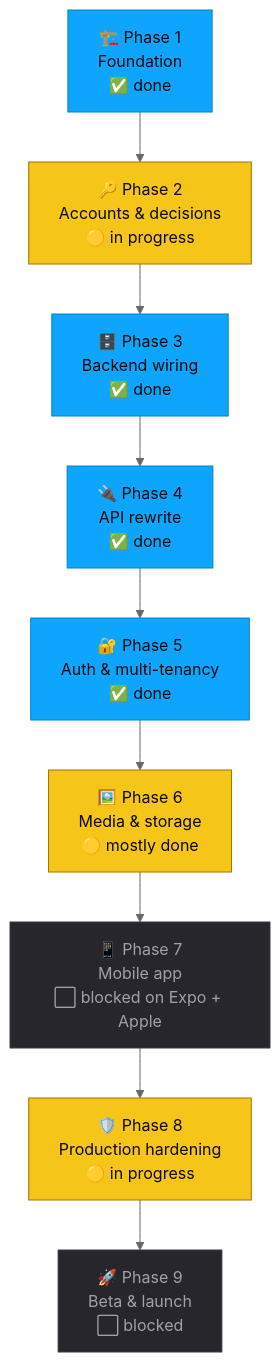
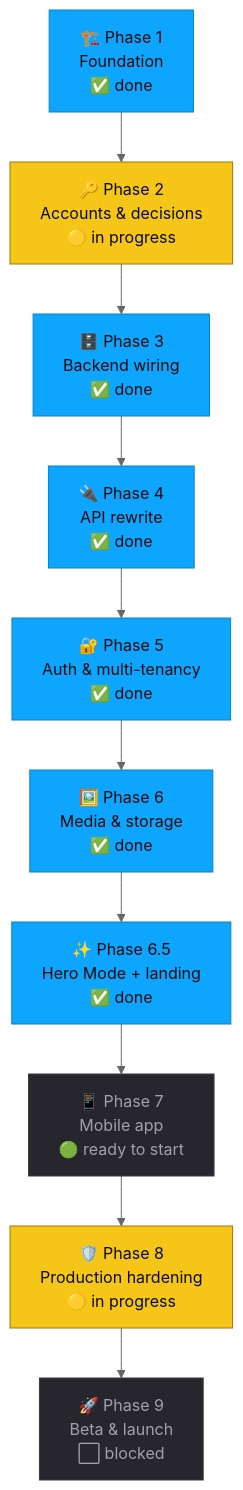
One commit to akcuhmoris/lifestyleprogramtracker changed the diagram in plan/08-roadmap.md. Above: the diagram before and after it, drawn with Mermaid (neutral theme). The commit also changed other lines of this file and 15 other files, not shown here.

````diff
--- a/plan/08-roadmap.md
+++ b/plan/08-roadmap.md
@@ -24,21 +25,22 @@
 ```mermaid
 flowchart TD
     P1["🏗️ Phase 1<br/>Foundation<br/>✅ done"]
     P2["🔑 Phase 2<br/>Accounts &amp; decisions<br/>🟡 in progress"]
     P3["🗄️ Phase 3<br/>Backend wiring<br/>✅ done"]
     P4["🔌 Phase 4<br/>API rewrite<br/>✅ done"]
     P5["🔐 Phase 5<br/>Auth &amp; multi-tenancy<br/>✅ done"]
-    P6["🖼️ Phase 6<br/>Media &amp; storage<br/>🟡 mostly done"]
-    P7["📱 Phase 7<br/>Mobile app<br/>⬜ blocked on Expo + Apple"]
+    P6["🖼️ Phase 6<br/>Media &amp; storage<br/>✅ done"]
+    P65["✨ Phase 6.5<br/>Hero Mode + landing<br/>✅ done"]
+    P7["📱 Phase 7<br/>Mobile app<br/>🟢 ready to start"]
     P8["🛡️ Phase 8<br/>Production hardening<br/>🟡 in progress"]
     P9["🚀 Phase 9<br/>Beta &amp; launch<br/>⬜ blocked"]
 
-    P1 --> P2 --> P3 --> P4 --> P5 --> P6 --> P7 --> P8 --> P9
+    P1 --> P2 --> P3 --> P4 --> P5 --> P6 --> P65 --> P7 --> P8 --> P9
 
     classDef done fill:#0EA5FF,stroke:#0284C7,color:#0A0A0B
     classDef wip fill:#F5C518,stroke:#A07700,color:#0A0A0B
     classDef todo fill:#26262C,stroke:#3a3a42,color:#A1A1AA
-    class P1,P3,P4,P5 done
-    class P2,P6,P8 wip
+    class P1,P3,P4,P5,P6,P65 done
+    class P2,P8 wip
     class P7,P9 todo
 ```
````
